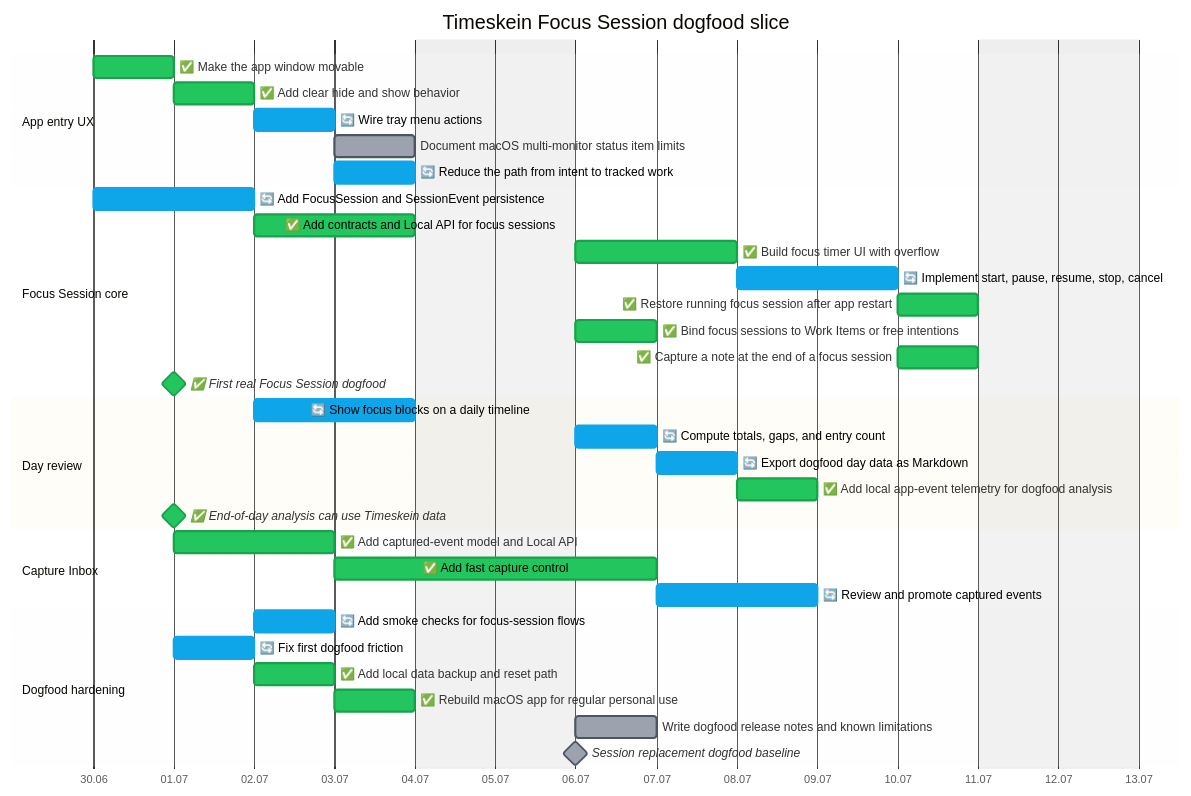
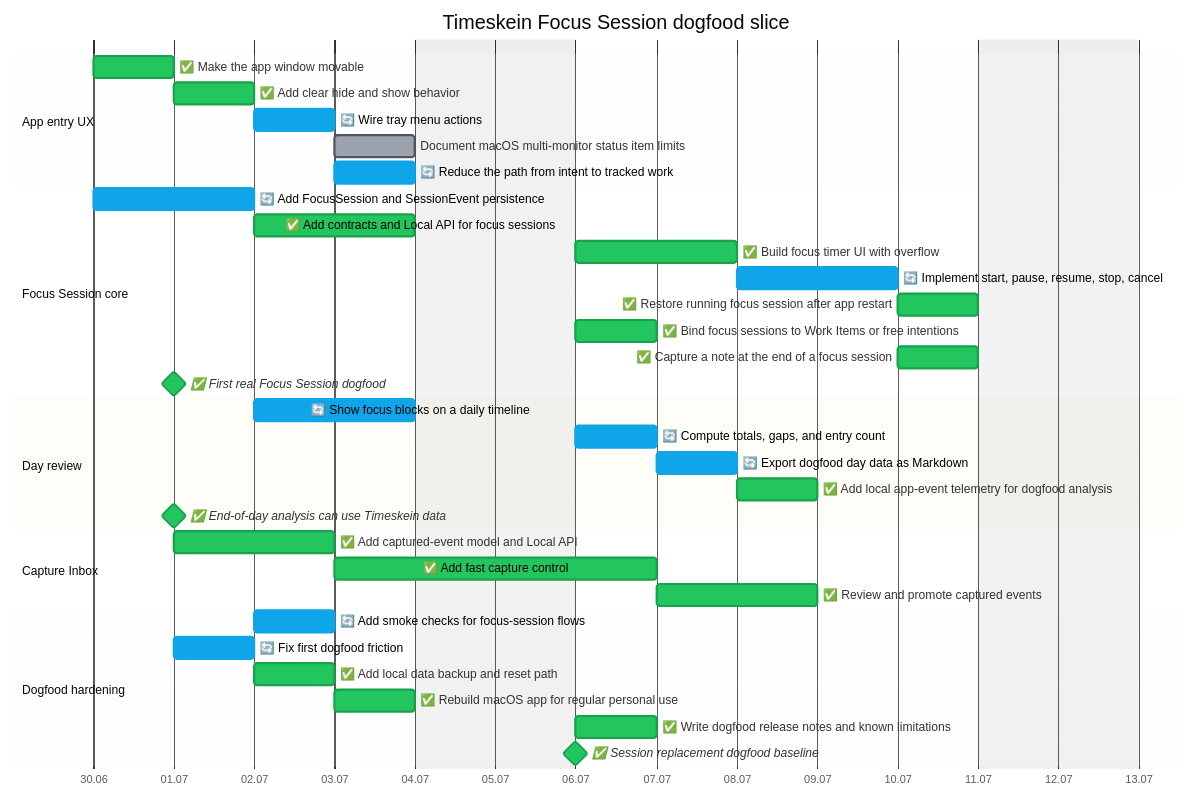
Before and after one commit to asukhodko/timeskein: the second of 2 diagrams in docs/roadmap/opskarta.md, drawn with Mermaid. The commit also changed other lines of this file and 9 other files, not shown here.

Commit message:
Accept Timeskein dogfood baseline

````diff
--- a/docs/roadmap/opskarta.md
+++ b/docs/roadmap/opskarta.md
@@ -64,42 +64,42 @@
 ```mermaid
 %%{init: {"theme": "base", "themeVariables": {"taskBkgColor": "#9ca3af", "taskBorderColor": "#4b5563", "taskTextColor": "#000000", "taskTextDarkColor": "#000000", "taskTextLightColor": "#000000", "activeTaskBkgColor": "#0ea5e9", "activeTaskBorderColor": "#0ea5e9", "doneTaskBkgColor": "#22c55e", "doneTaskBorderColor": "#16a34a", "critBkgColor": "#fecaca", "critBorderColor": "#fecaca", "todayLineColor": "#ef4444"}} }%%
 
 gantt
     title Timeskein Focus Session dogfood slice
     dateFormat YYYY-MM-DD
     axisFormat %d.%m
     excludes weekends
 
     section App entry UX
     ✅ Make the app window movable  :done, ts_ux_entry_window_drag,    2026-06-30, 1d
     ✅ Add clear hide and show behavior  :done, ts_ux_entry_hide_toggle,    2026-07-01, 1d
     🔄 Wire tray menu actions  :active, ts_ux_entry_tray_actions,    2026-07-02, 1d
     Document macOS multi-monitor status item limits  :ts_ux_entry_monitor_policy,    2026-07-03, 1d
     🔄 Reduce the path from intent to tracked work  :active, ts_ux_entry_fast_track_flow,    2026-07-03, 1d
     section Focus Session core
     🔄 Add FocusSession and SessionEvent persistence  :active, ts_focus_core_model_migrations,    2026-06-30, 2d
     ✅ Add contracts and Local API for focus sessions  :done, ts_focus_core_contracts_api,    2026-07-02, 2d
     ✅ Build focus timer UI with overflow  :done, ts_focus_core_timer_ui,    2026-07-06, 2d
     🔄 Implement start, pause, resume, stop, cancel  :active, ts_focus_core_session_lifecycle,    2026-07-08, 2d
     ✅ Restore running focus session after app restart  :done, ts_focus_core_restart_restore,    2026-07-10, 1d
     ✅ Bind focus sessions to Work Items or free intentions  :done, ts_focus_core_work_item_binding,    2026-07-06, 1d
     ✅ Capture a note at the end of a focus session  :done, ts_focus_core_session_notes,    2026-07-10, 1d
     ✅ First real Focus Session dogfood  :milestone, done, ts_focus_core_dogfood_gate,    2026-07-01, 0d
     section Day review
     🔄 Show focus blocks on a daily timeline  :active, ts_day_review_timeline,    2026-07-02, 2d
     🔄 Compute totals, gaps, and entry count  :active, ts_day_review_totals_gaps,    2026-07-06, 1d
     🔄 Export dogfood day data as Markdown  :active, ts_day_review_export,    2026-07-07, 1d
     ✅ Add local app-event telemetry for dogfood analysis  :done, ts_day_review_app_telemetry,    2026-07-08, 1d
     ✅ End-of-day analysis can use Timeskein data  :milestone, done, ts_day_review_analysis_gate,    2026-07-01, 0d
     section Capture Inbox
     ✅ Add captured-event model and Local API  :done, ts_capture_model_api,    2026-07-01, 2d
     ✅ Add fast capture control  :done, ts_capture_quick_ui,    2026-07-03, 2d
-    🔄 Review and promote captured events  :active, ts_capture_review_flow,    2026-07-07, 2d
+    ✅ Review and promote captured events  :done, ts_capture_review_flow,    2026-07-07, 2d
     section Dogfood hardening
     🔄 Add smoke checks for focus-session flows  :active, ts_hardening_smoke,    2026-07-02, 1d
     🔄 Fix first dogfood friction  :active, ts_hardening_post_dogfood_friction,    2026-07-01, 1d
     ✅ Add local data backup and reset path  :done, ts_hardening_backup_reset,    2026-07-02, 1d
     ✅ Rebuild macOS app for regular personal use  :done, ts_hardening_package_app,    2026-07-03, 1d
-    Write dogfood release notes and known limitations  :ts_hardening_release_notes,    2026-07-06, 1d
-    Session replacement dogfood baseline  :milestone, ts_hardening_dogfood_release,    2026-07-06, 0d
+    ✅ Write dogfood release notes and known limitations  :done, ts_hardening_release_notes,    2026-07-06, 1d
+    ✅ Session replacement dogfood baseline  :milestone, done, ts_hardening_dogfood_release,    2026-07-06, 0d
 ```
````
